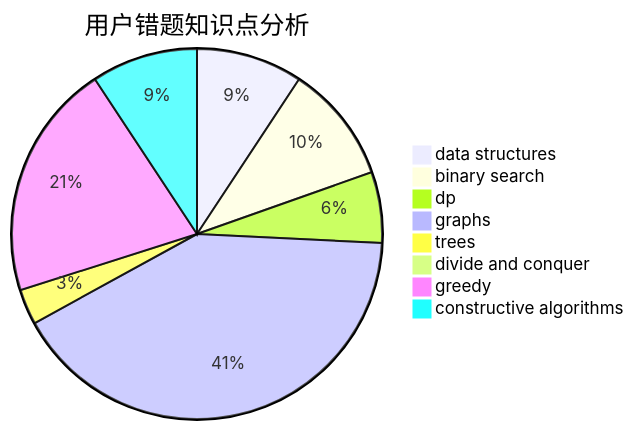
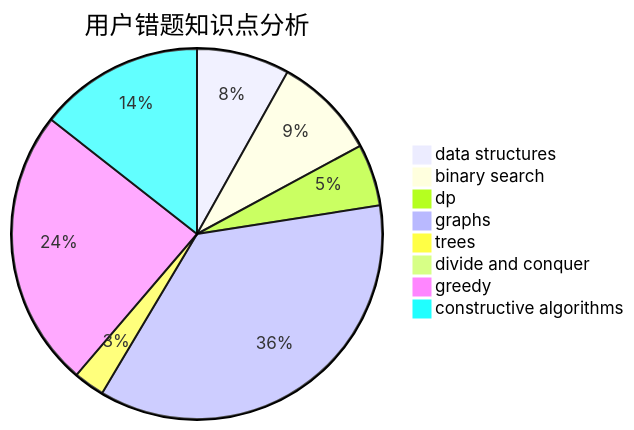
Before and after one commit to sherpahu/cfrs.github.io: the third of 3 diagrams in docs/user/u1891.md, drawn with Mermaid. The commit also changed other lines of this file and 2770 other files, not shown here.

````diff
--- a/docs/user/u1891.md
+++ b/docs/user/u1891.md
@@ -36,11 +36,11 @@
 ```mermaid
 pie title 用户错题知识点分析
     "data structures" :  9
     "binary search" :  10
     "dp" :  6
     "graphs" :  40
     "trees" :  3
     "divide and conquer" :  0
-    "greedy" :  20
-    "constructive algorithms" :  9
+    "greedy" :  27
+    "constructive algorithms" :  16
 ```
````
